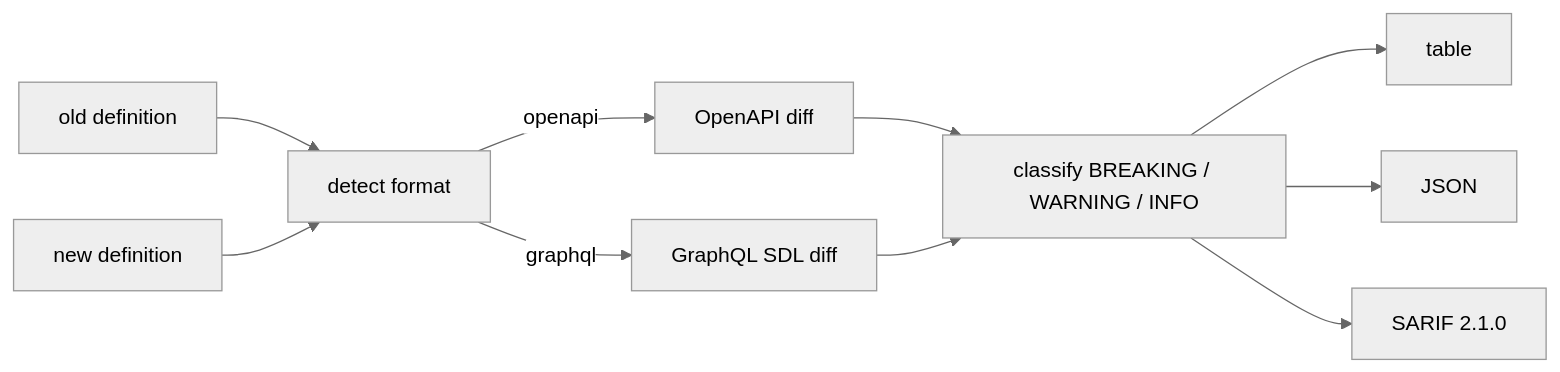
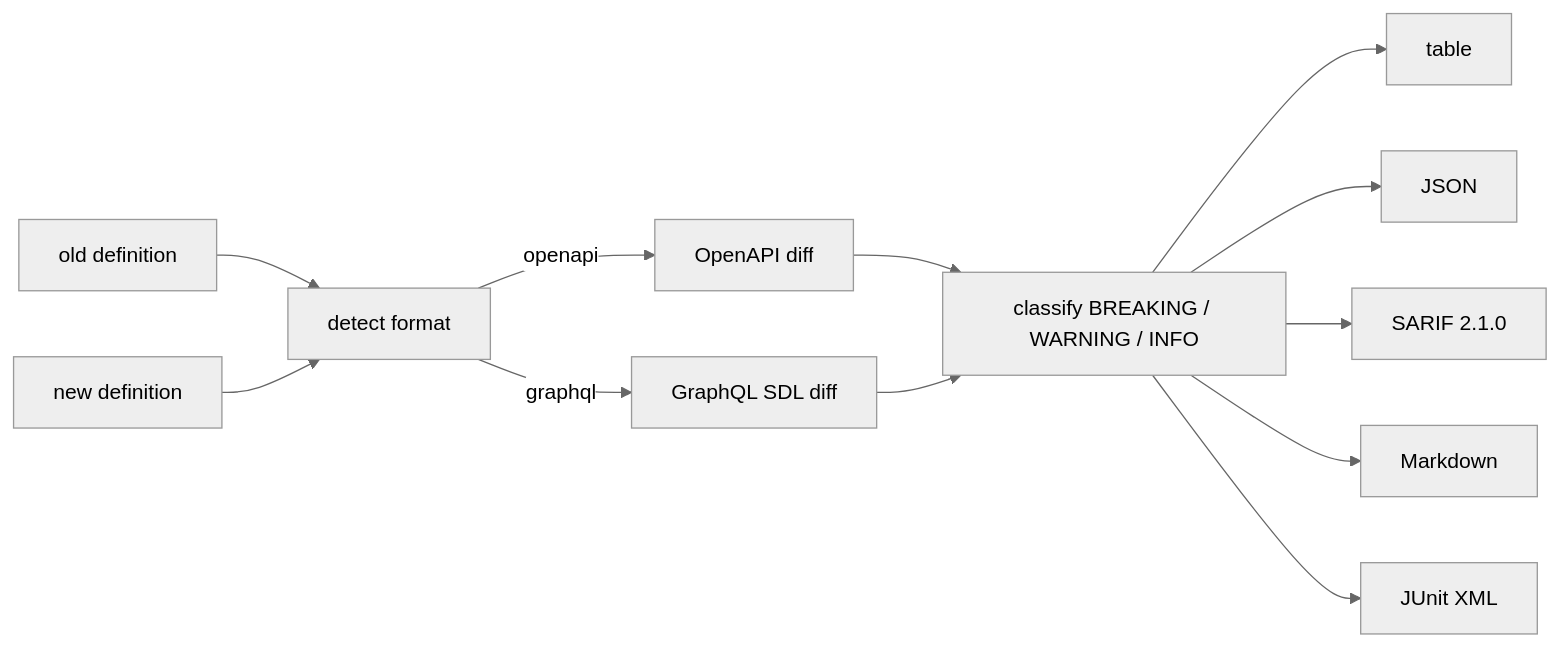
The diagram in README.md (cognis-digital/apidiff), drawn with Mermaid (neutral theme) before and after one commit. The commit also changed other lines of this file and 7 other files, not shown here.

First line of the commit message:
Add Markdown/JUnit reporters, ignore-code + output flags, docs, CI matrix

````diff
--- a/README.md
+++ b/README.md
@@ -264,12 +307,14 @@
 ```mermaid
 flowchart LR
   OLD[old definition] --> D[detect format]
   NEW[new definition] --> D
   D -->|openapi| OA[OpenAPI diff]
   D -->|graphql| GQ[GraphQL SDL diff]
   OA --> R[classify BREAKING / WARNING / INFO]
   GQ --> R
   R --> T[table]
   R --> J[JSON]
   R --> S[SARIF 2.1.0]
+  R --> M[Markdown]
+  R --> U[JUnit XML]
 ```
````
